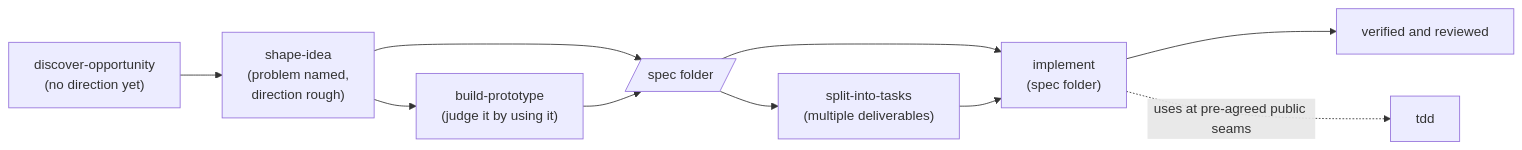
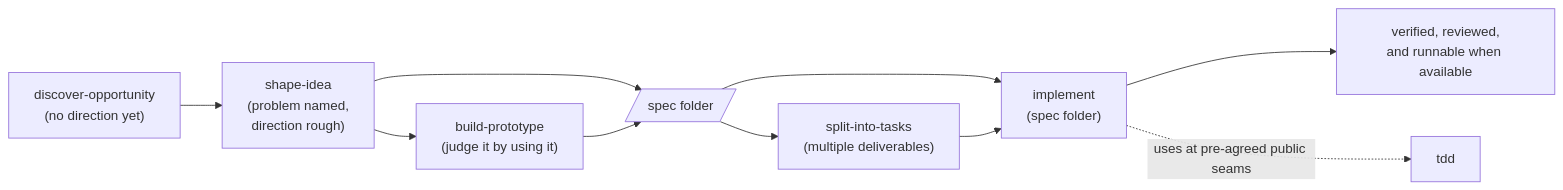
One commit to toy-crane/skills changed the first of 2 diagrams in README.md. Above: the diagram before and after it, drawn with Mermaid. The commit also changed other lines of this file and 7 other files, not shown here.

````diff
--- a/README.md
+++ b/README.md
@@ -47,12 +47,12 @@
 ```mermaid
 flowchart LR
     DO["discover-opportunity<br/>(no direction yet)"] --> SI["shape-idea<br/>(problem named,<br/>direction rough)"]
     SI --> BP["build-prototype<br/>(judge it by using it)"]
     SI --> SPEC[/spec folder/]
     BP --> SPEC
     SPEC --> ST["split-into-tasks<br/>(multiple deliverables)"]
     SPEC --> IM["implement<br/>(spec folder)"]
     ST --> IM
-    IM --> DONE["verified and reviewed"]
+    IM --> DONE["verified, reviewed,<br/>and runnable when available"]
     IM -. "uses at pre-agreed public seams" .-> TDD[tdd]
 ```
````
